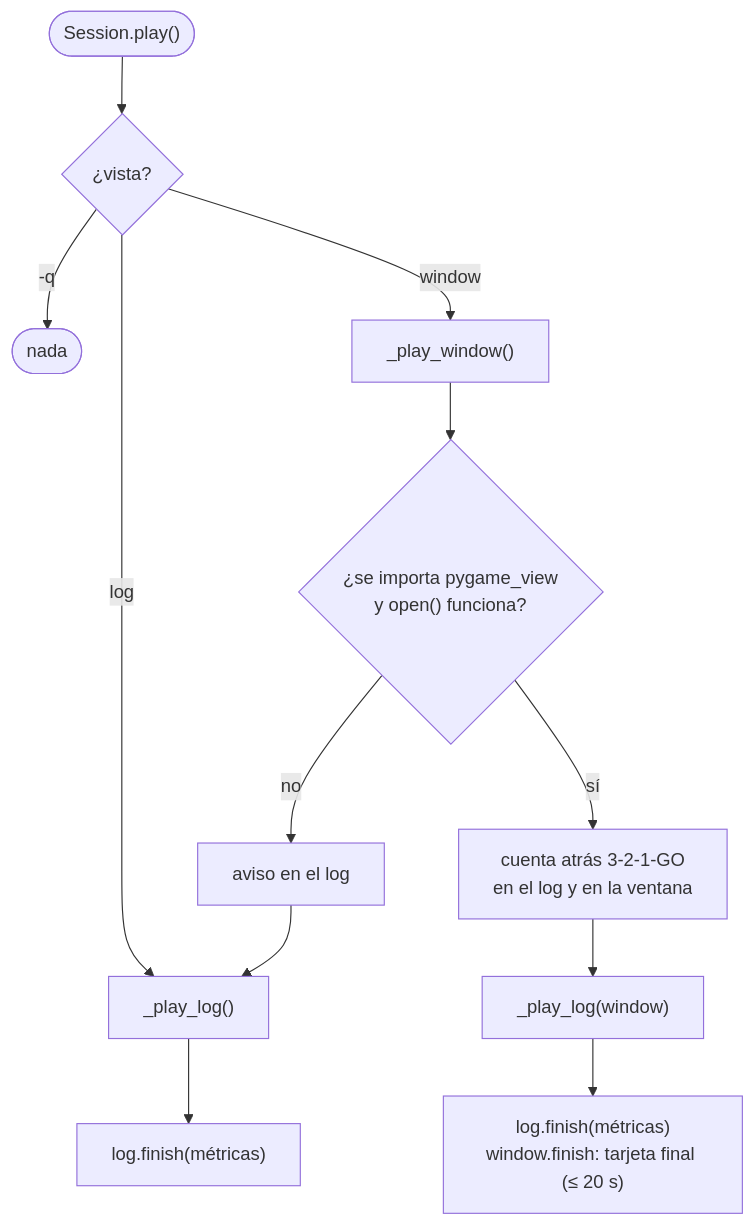
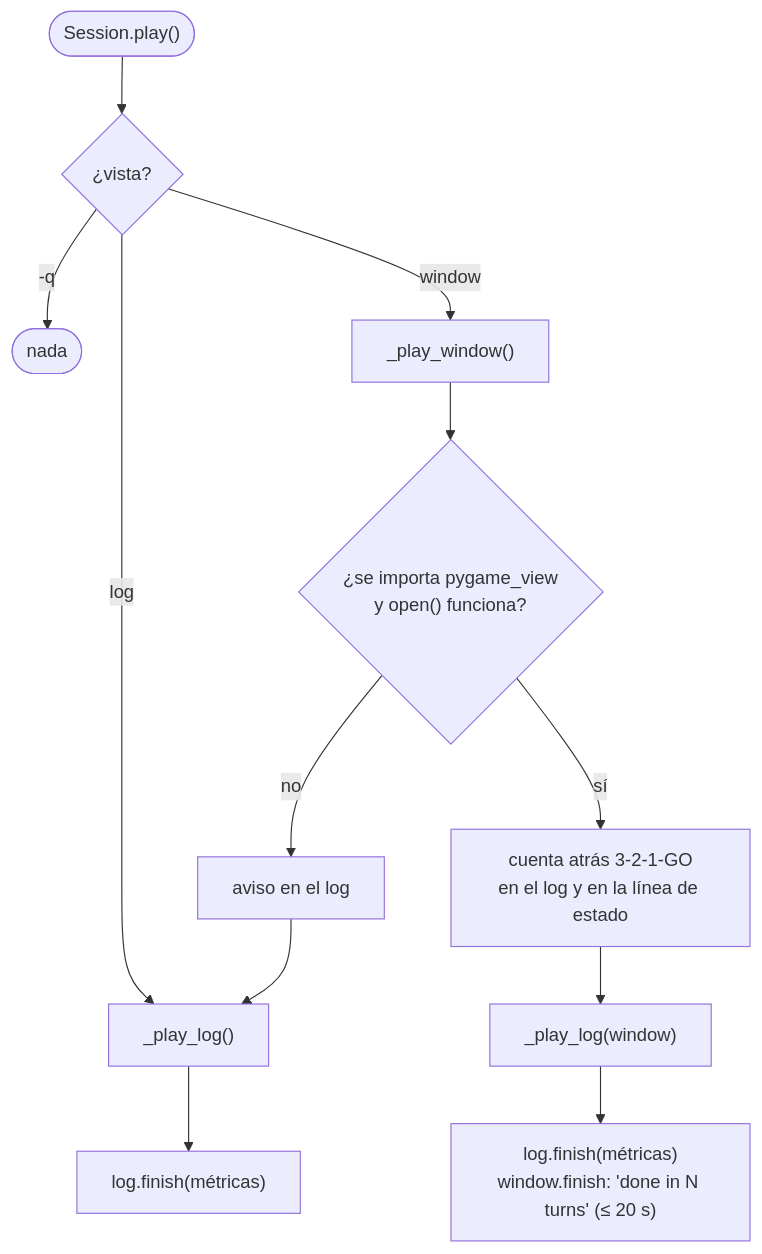
The second of 3 diagrams in entrega/diagramas/E.4-render-pipeline.md (0xARCOS/Fly-In), drawn with Mermaid before and after one commit. The commit also changed other lines of this file and 136 other files, not shown here.

````diff
--- a/entrega/diagramas/E.4-render-pipeline.md
+++ b/entrega/diagramas/E.4-render-pipeline.md
@@ -55,13 +62,13 @@
 ```mermaid
 flowchart TD
     A(["Session.play()"]) --> N{"¿vista?"}
     N -->|"-q"| Z(["nada"])
     N -->|"window"| PW["_play_window()"]
     N -->|"log"| PL
     PW --> IMP{"¿se importa pygame_view<br/>y open() funciona?"}
     IMP -->|"no"| NOTE["aviso en el log"] --> PL
-    IMP -->|"sí"| CD["cuenta atrás 3-2-1-GO<br/>en el log y en la ventana"]
+    IMP -->|"sí"| CD["cuenta atrás 3-2-1-GO<br/>en el log y en la línea de estado"]
     CD --> PL2["_play_log(window)"]
-    PL2 --> FIN["log.finish(métricas)<br/>window.finish: tarjeta final (≤ 20 s)"]
+    PL2 --> FIN["log.finish(métricas)<br/>window.finish: 'done in N turns' (≤ 20 s)"]
     PL["_play_log()"] --> FIN2["log.finish(métricas)"]
 ```
````
